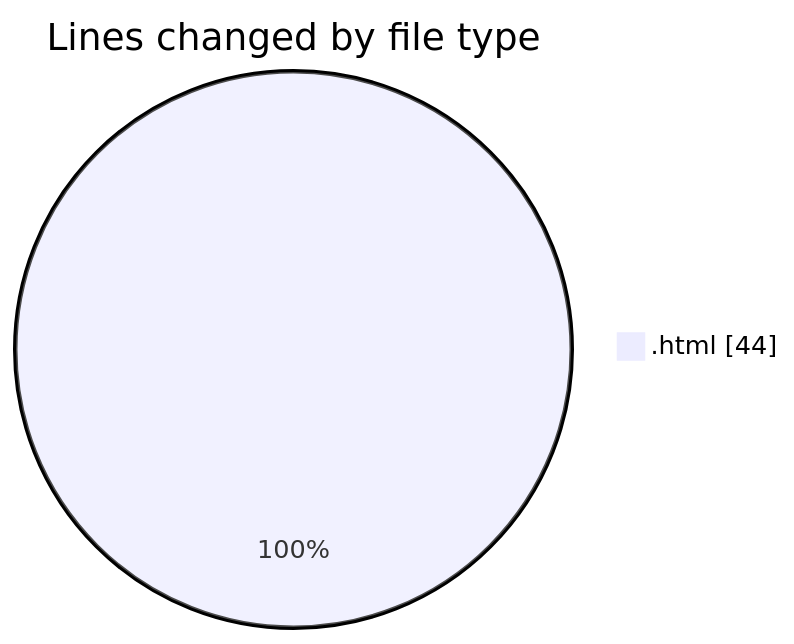
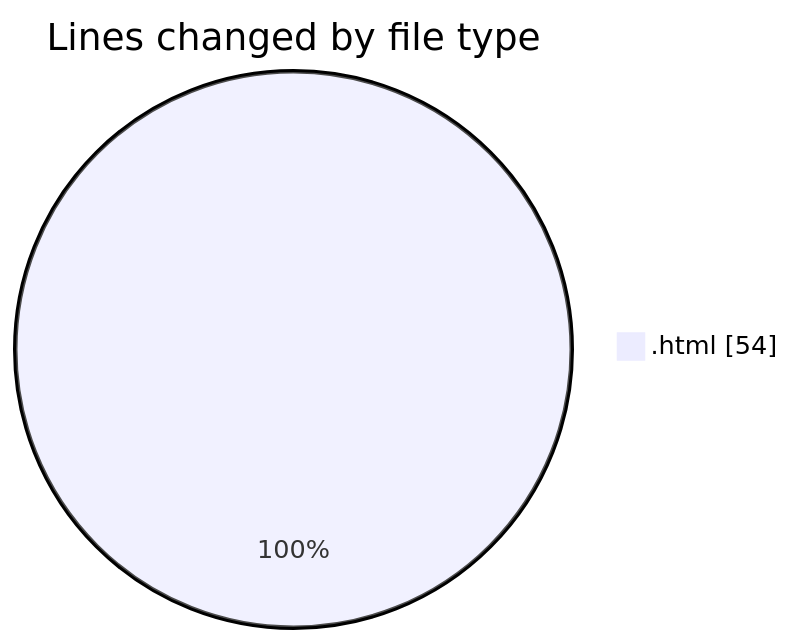
Before and after one commit to LanceThiago/code-tracking: the first of 2 diagrams in 2025-01-09/nueva_carpeta/README.md, drawn with Mermaid. The commit also changed other lines of this file and 1 other file, not shown here.

````diff
--- a/2025-01-09/nueva_carpeta/README.md
+++ b/2025-01-09/nueva_carpeta/README.md
@@ -20,5 +20,5 @@
 ```mermaid
 pie showData
 title Lines changed by file type
-".html" : 44
+".html" : 54
 ```
````
